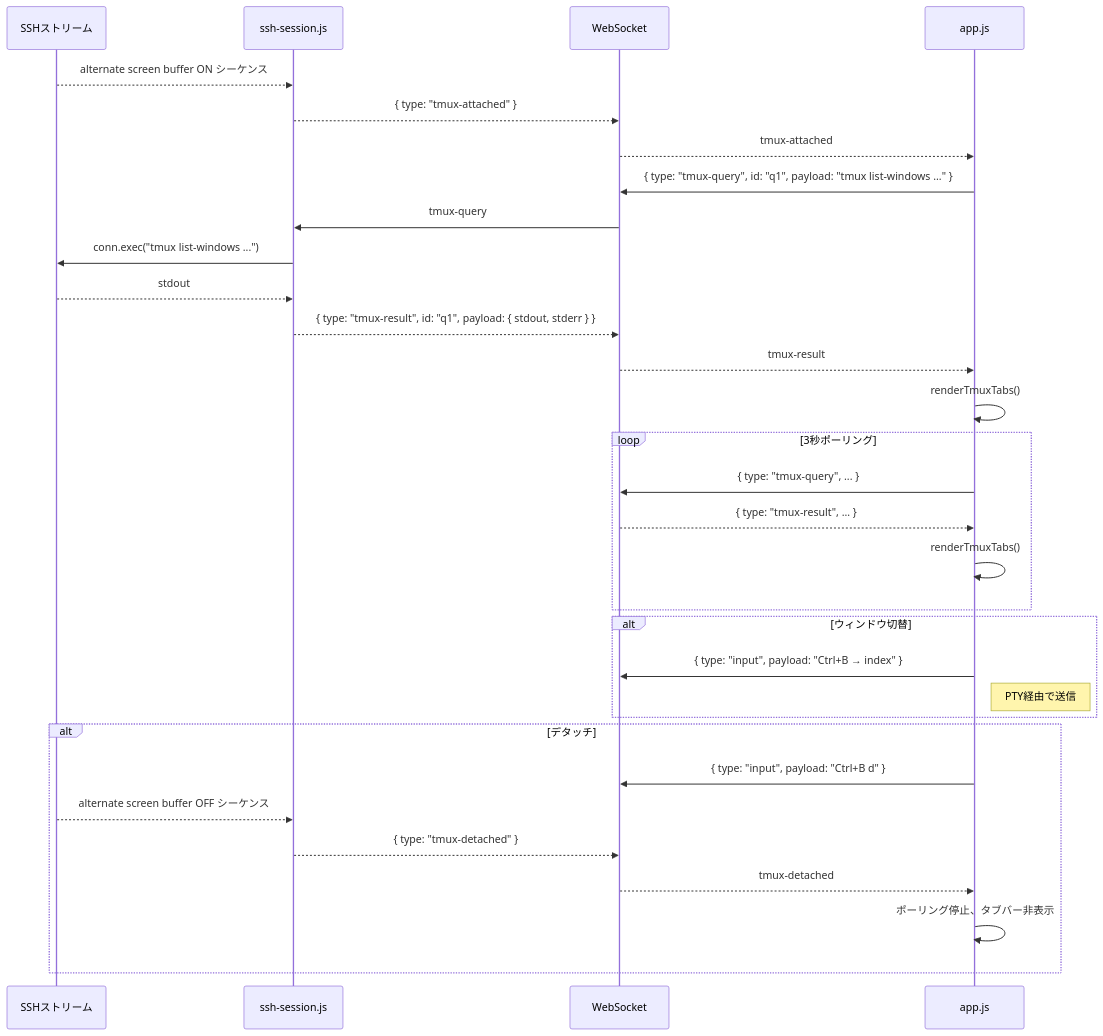
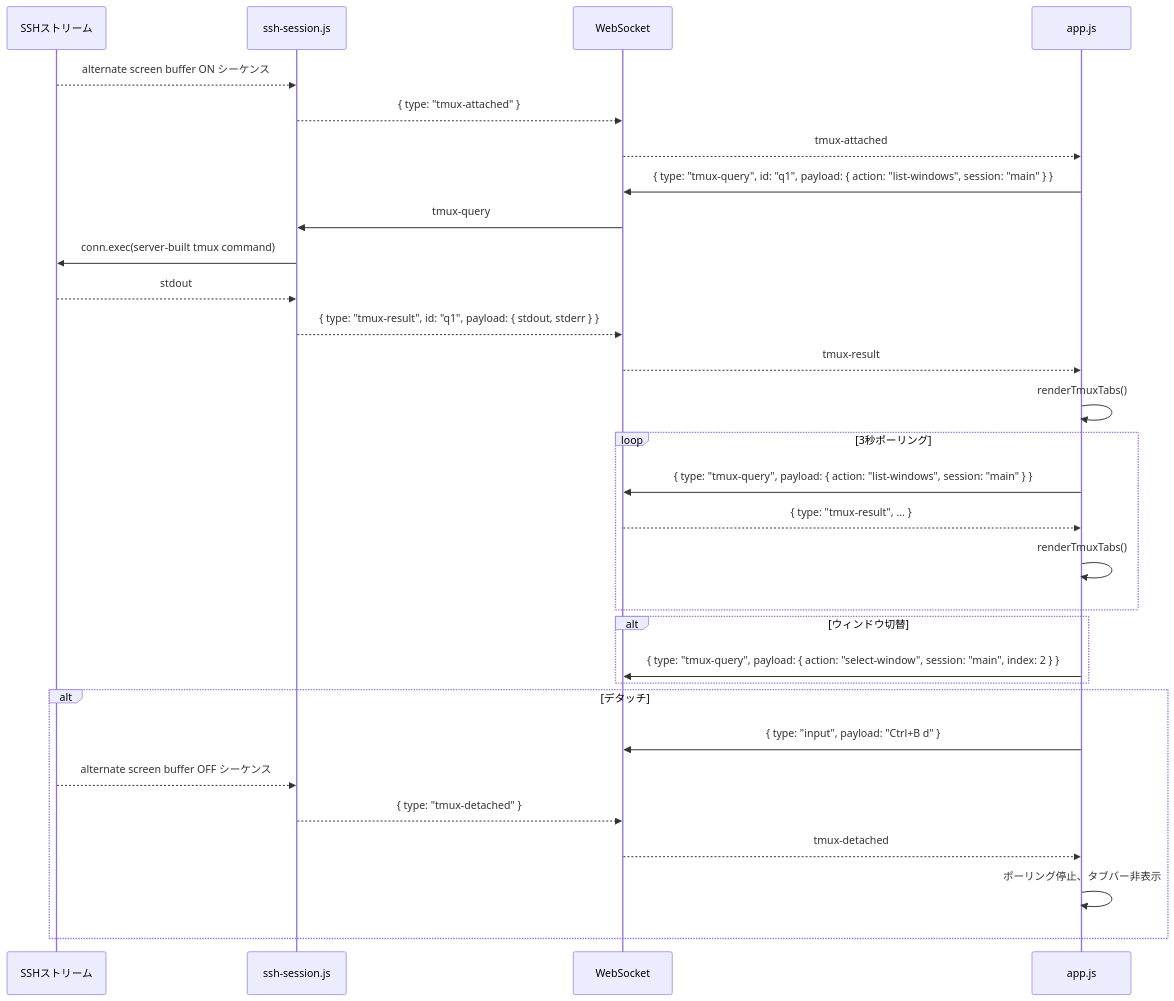
One commit to krtw00/hotate changed the fifth of 5 diagrams in docs/03-details/flows.md. Above: the diagram before and after it, drawn with Mermaid. The commit also changed other lines of this file and 15 other files, not shown here.

````diff
--- a/docs/03-details/flows.md
+++ b/docs/03-details/flows.md
@@ -244,37 +244,36 @@
 ```mermaid
 sequenceDiagram
     participant SSH as SSHストリーム
     participant SESS as ssh-session.js
     participant WS as WebSocket
     participant APP as app.js
 
     SSH-->>SESS: alternate screen buffer ON シーケンス
     SESS-->>WS: { type: "tmux-attached" }
     WS-->>APP: tmux-attached
-    APP->>WS: { type: "tmux-query", id: "q1", payload: "tmux list-windows ..." }
+    APP->>WS: { type: "tmux-query", id: "q1", payload: { action: "list-windows", session: "main" } }
     WS->>SESS: tmux-query
-    SESS->>SSH: conn.exec("tmux list-windows ...")
+    SESS->>SSH: conn.exec(server-built tmux command)
     SSH-->>SESS: stdout
     SESS-->>WS: { type: "tmux-result", id: "q1", payload: { stdout, stderr } }
     WS-->>APP: tmux-result
     APP->>APP: renderTmuxTabs()
 
     loop 3秒ポーリング
-        APP->>WS: { type: "tmux-query", ... }
+        APP->>WS: { type: "tmux-query", payload: { action: "list-windows", session: "main" } }
         WS-->>APP: { type: "tmux-result", ... }
         APP->>APP: renderTmuxTabs()
     end
 
     alt ウィンドウ切替
-        APP->>WS: { type: "input", payload: "Ctrl+B → index" }
-        Note right of APP: PTY経由で送信
+        APP->>WS: { type: "tmux-query", payload: { action: "select-window", session: "main", index: 2 } }
     end
 
     alt デタッチ
         APP->>WS: { type: "input", payload: "Ctrl+B d" }
         SSH-->>SESS: alternate screen buffer OFF シーケンス
         SESS-->>WS: { type: "tmux-detached" }
         WS-->>APP: tmux-detached
         APP->>APP: ポーリング停止、タブバー非表示
     end
 ```
````
